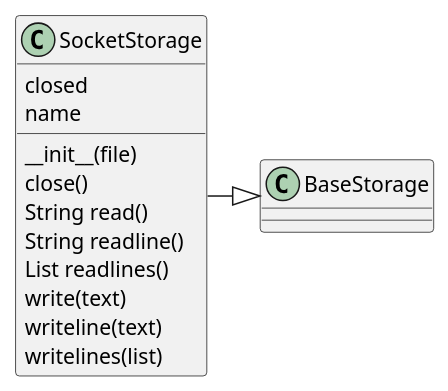
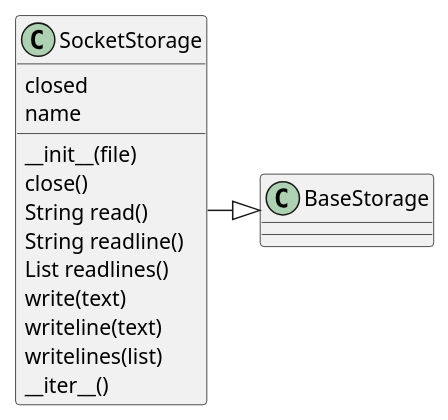
Before and after one commit to russell-n/theape: the diagram in ape/parts/storage/socketstorage.rst, drawn with PlantUML. The commit also changed other lines of this file and 18 other files, not shown here.

```diff
--- a/ape/parts/storage/socketstorage.rst
+++ b/ape/parts/storage/socketstorage.rst
@@ -23,13 +23,14 @@
 .. uml::
 
    SocketStorage -|> BaseStorage
    SocketStorage :  __init__(file)
    SocketStorage : close()
    SocketStorage : String read()
    SocketStorage : String readline()
    SocketStorage : List readlines()
    SocketStorage : write(text)
    SocketStorage : writeline(text)
    SocketStorage : writelines(list)
    SocketStorage : closed
    SocketStorage : name
+   SocketStorage : __iter__()
```
